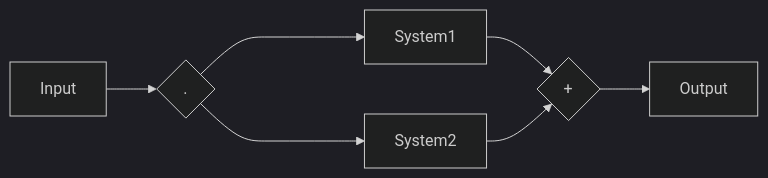
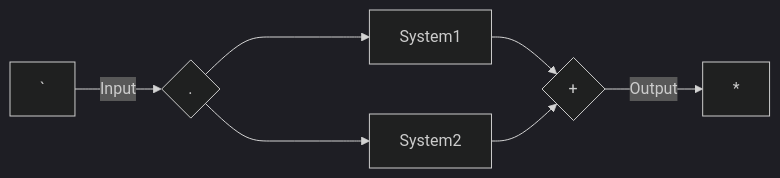
The fourth of 4 diagrams in signal-processing/kutz/5/README.md (setrar/dsp), drawn with Mermaid (dark theme) before and after one commit.

````diff
--- a/signal-processing/kutz/5/README.md
+++ b/signal-processing/kutz/5/README.md
@@ -68,9 +68,9 @@
 ```mermaid
 flowchart LR
-    A[Input] --> B{.}
+    ` -->|Input| B{.}
     B --> C[System1]
     B ----> D[System2]
     C --> E{+}
     D --> E{+}
-    E--> F[Output] 
+    E--> |Output| *
 ```
````
